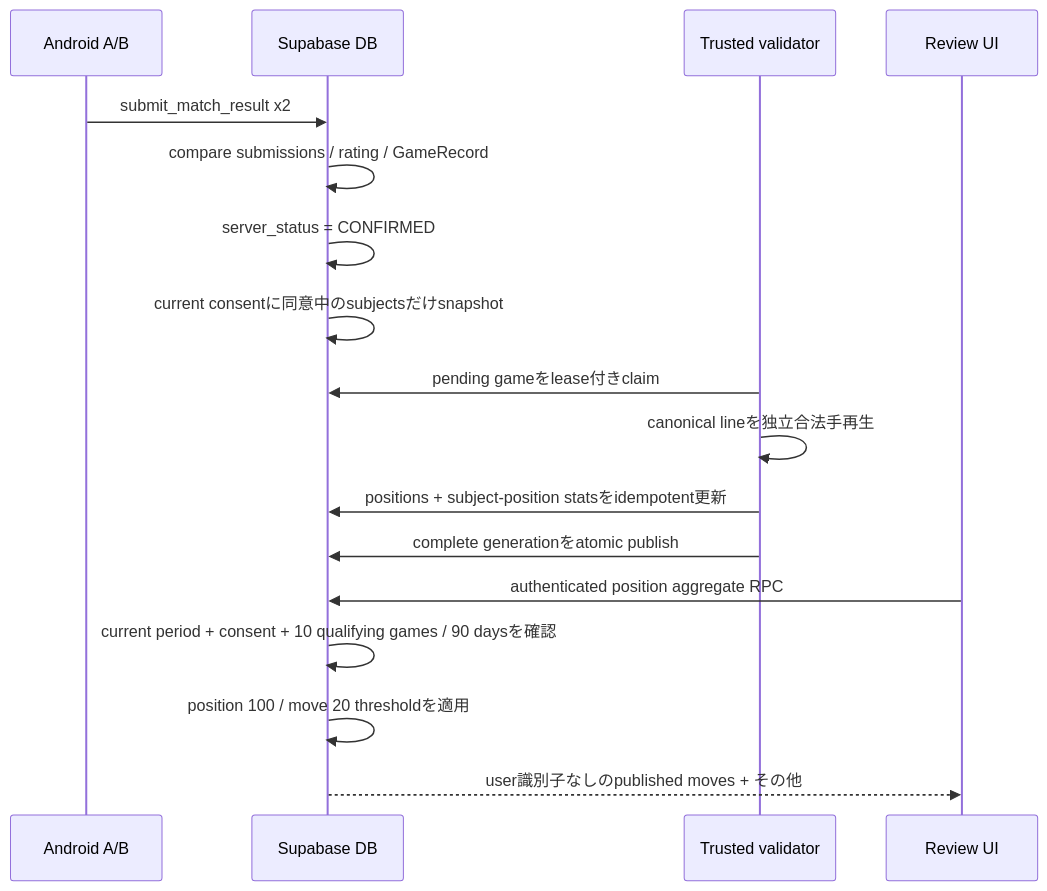
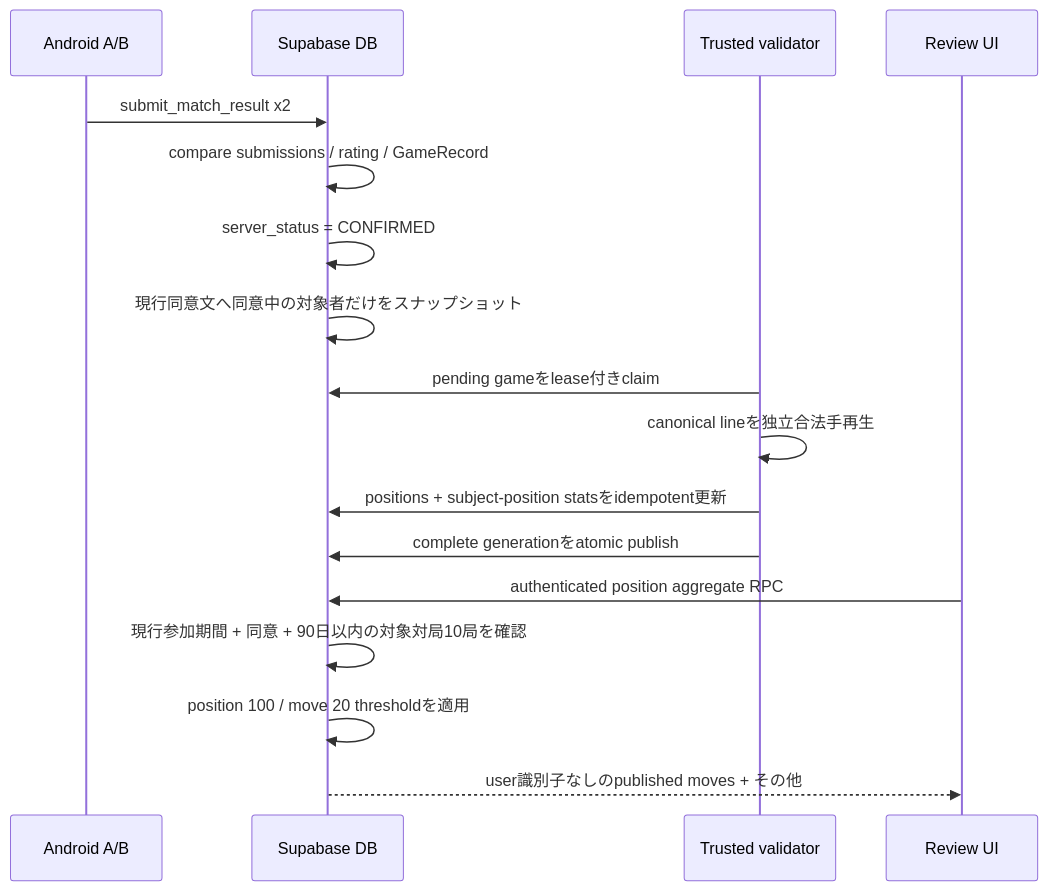
The second of 2 diagrams in docs/09_履歴/研究データ設計記録.md (shinp-dev/othello), drawn with Mermaid before and after one commit. The commit also changed other lines of this file and 21 other files, not shown here.

````diff
--- a/docs/09_履歴/研究データ設計記録.md
+++ b/docs/09_履歴/研究データ設計記録.md
@@ -382,20 +382,20 @@
 ```mermaid
 sequenceDiagram
     participant A as Android A/B
     participant DB as Supabase DB
     participant W as Trusted validator
     participant UI as Review UI
 
     A->>DB: submit_match_result x2
     DB->>DB: compare submissions / rating / GameRecord
     DB->>DB: server_status = CONFIRMED
-    DB->>DB: current consentに同意中のsubjectsだけsnapshot
+    DB->>DB: 現行同意文へ同意中の対象者だけをスナップショット
     W->>DB: pending gameをlease付きclaim
     W->>W: canonical lineを独立合法手再生
     W->>DB: positions + subject-position statsをidempotent更新
     W->>DB: complete generationをatomic publish
     UI->>DB: authenticated position aggregate RPC
-    DB->>DB: current period + consent + 10 qualifying games / 90 daysを確認
+    DB->>DB: 現行参加期間 + 同意 + 90日以内の対象対局10局を確認
     DB->>DB: position 100 / move 20 thresholdを適用
     DB-->>UI: user識別子なしのpublished moves + その他
 ```
````
